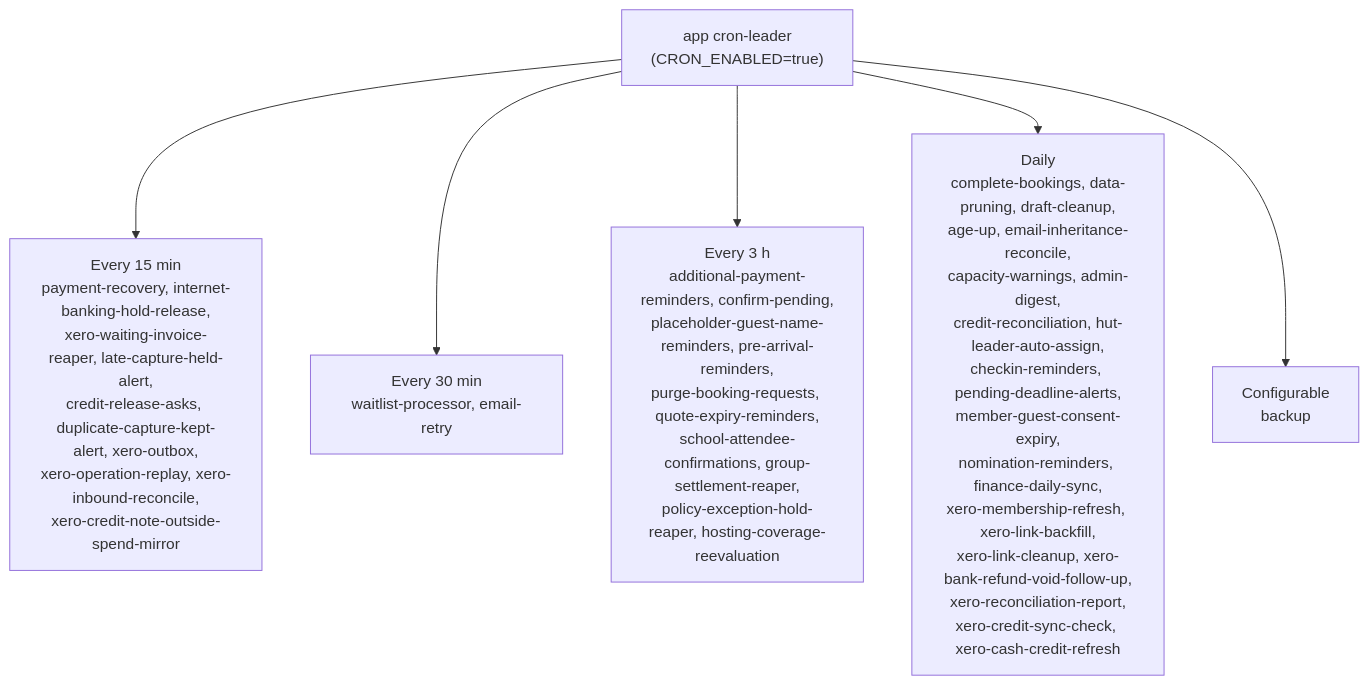
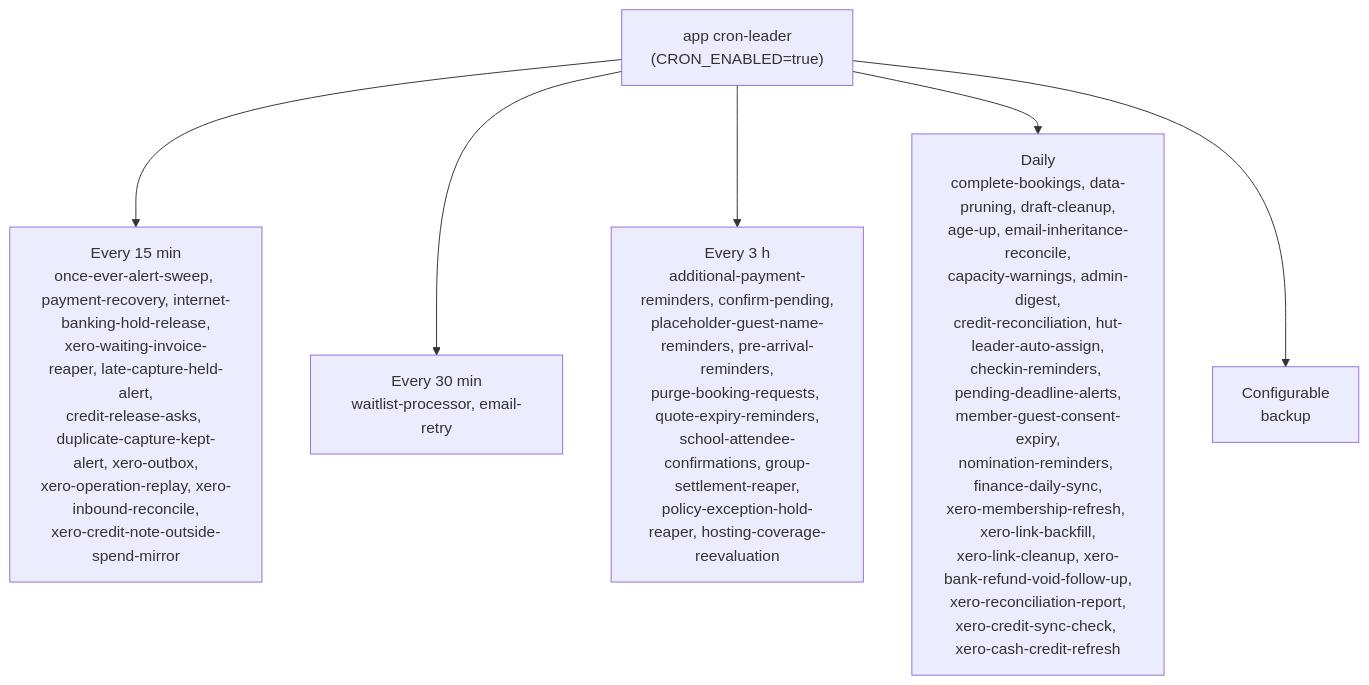
The fifth of 5 diagrams in docs/ARCHITECTURE.md (thatskiff33/AlpineClubBookingsNZ), drawn with Mermaid before and after one commit. The commit also changed other lines of this file and 7 other files, not shown here.

First line of the commit message:
Run the once-ever alert sweep first in the payments cron cycle (#5255)

````diff
--- a/docs/ARCHITECTURE.md
+++ b/docs/ARCHITECTURE.md
@@ -3633,9 +3633,9 @@
 ```mermaid
 flowchart TD
     Leader["app cron-leader<br/>(CRON_ENABLED=true)"]
-    Leader --> Q15["Every 15 min<br/>payment-recovery, internet-banking-hold-release,<br/>xero-waiting-invoice-reaper, late-capture-held-alert,<br/>credit-release-asks, duplicate-capture-kept-alert, xero-outbox,<br/>xero-operation-replay, xero-inbound-reconcile,<br/>xero-credit-note-outside-spend-mirror"]
+    Leader --> Q15["Every 15 min<br/>once-ever-alert-sweep, payment-recovery, internet-banking-hold-release,<br/>xero-waiting-invoice-reaper, late-capture-held-alert,<br/>credit-release-asks, duplicate-capture-kept-alert, xero-outbox,<br/>xero-operation-replay, xero-inbound-reconcile,<br/>xero-credit-note-outside-spend-mirror"]
     Leader --> Q30["Every 30 min<br/>waitlist-processor, email-retry"]
     Leader --> Q3h["Every 3 h<br/>additional-payment-reminders, confirm-pending,<br/>placeholder-guest-name-reminders, pre-arrival-reminders,<br/>purge-booking-requests, quote-expiry-reminders,<br/>school-attendee-confirmations, group-settlement-reaper,<br/>policy-exception-hold-reaper, hosting-coverage-reevaluation"]
     Leader --> Daily["Daily<br/>complete-bookings, data-pruning, draft-cleanup,<br/>age-up, email-inheritance-reconcile,<br/>capacity-warnings, admin-digest,<br/>credit-reconciliation, hut-leader-auto-assign,<br/>checkin-reminders, pending-deadline-alerts,<br/>member-guest-consent-expiry,<br/>nomination-reminders, finance-daily-sync,<br/>xero-membership-refresh, xero-link-backfill,<br/>xero-link-cleanup, xero-bank-refund-void-follow-up,<br/>xero-reconciliation-report,<br/>xero-credit-sync-check, xero-cash-credit-refresh"]
     Leader --> Cfg["Configurable<br/>backup"]
 ```
````
